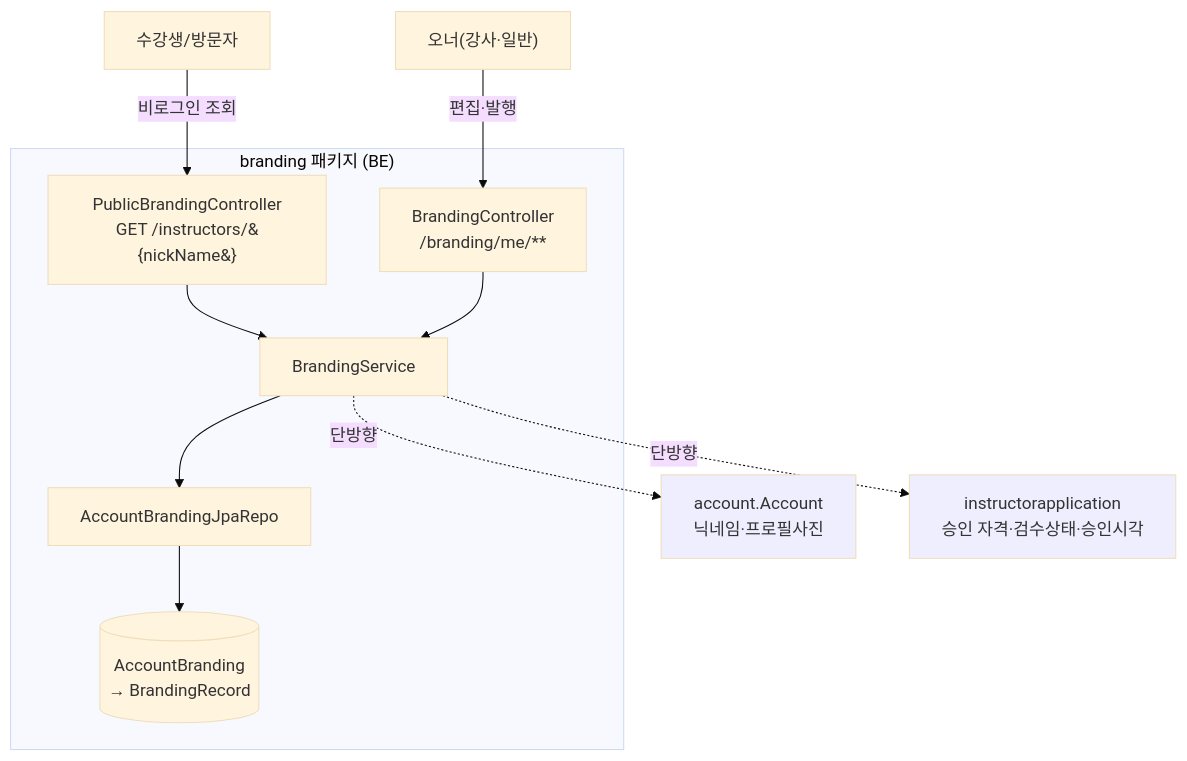
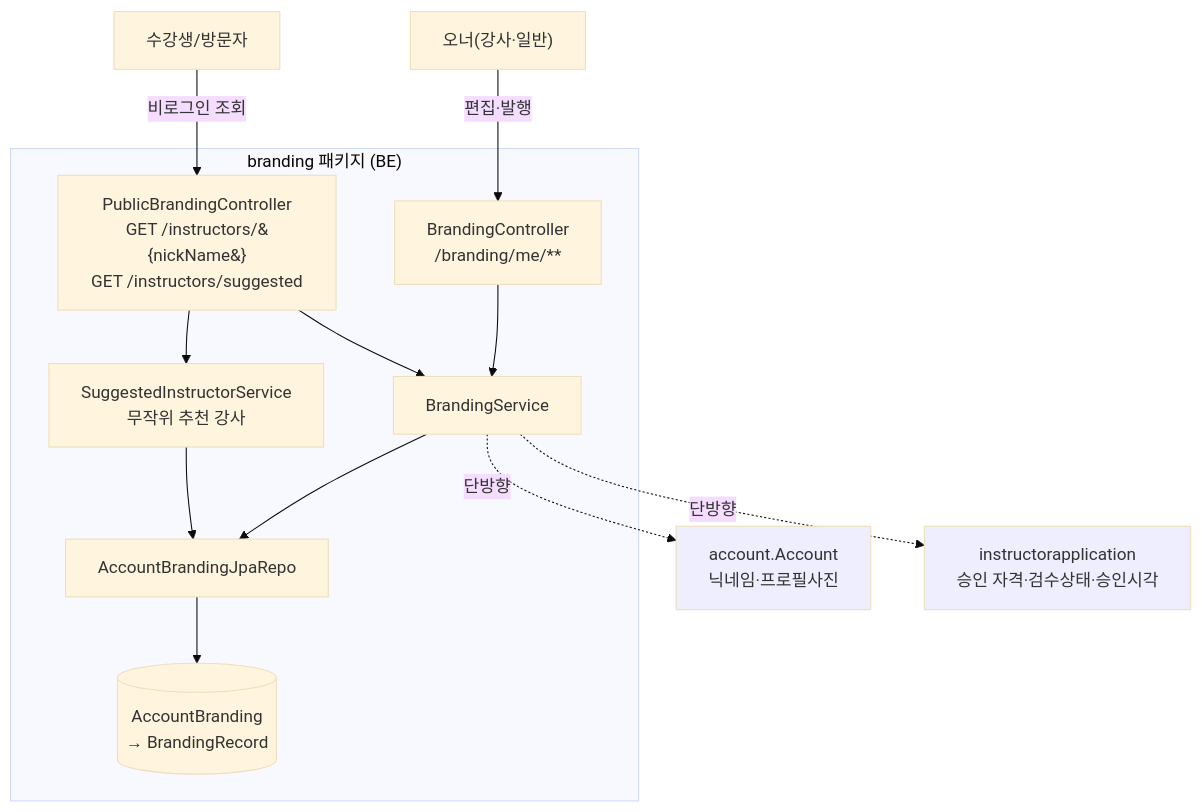
Before and after one commit to pungdong/Pungdong-Backend: the first of 4 diagrams in docs/architecture/branding.md, drawn with Mermaid (base theme). The commit also changed other lines of this file and 10 other files, not shown here.

````diff
--- a/docs/architecture/branding.md
+++ b/docs/architecture/branding.md
@@ -11,16 +11,18 @@
 ```mermaid
 flowchart TB
   subgraph branding["branding 패키지 (BE)"]
-    PBC[PublicBrandingController<br/>GET /instructors/&#123;nickName&#125;] --> BS[BrandingService]
+    PBC[PublicBrandingController<br/>GET /instructors/&#123;nickName&#125;<br/>GET /instructors/suggested] --> BS[BrandingService]
+    PBC --> SIS[SuggestedInstructorService<br/>무작위 추천 강사]
+    SIS --> BR
     BC[BrandingController<br/>/branding/me/**] --> BS
     BS --> BR[AccountBrandingJpaRepo]
     BR --> E[(AccountBranding<br/>→ BrandingRecord)]
   end
   BS -. 단방향 .-> ACC[account.Account<br/>닉네임·프로필사진]
   BS -. 단방향 .-> IA[instructorapplication<br/>승인 자격·검수상태·승인시각]
   FE["수강생/방문자"] -- "비로그인 조회" --> PBC
   FE2["오너(강사·일반)"] -- "편집·발행" --> BC
 
   classDef ext fill:#eef
   class ACC,IA ext
 ```
````
